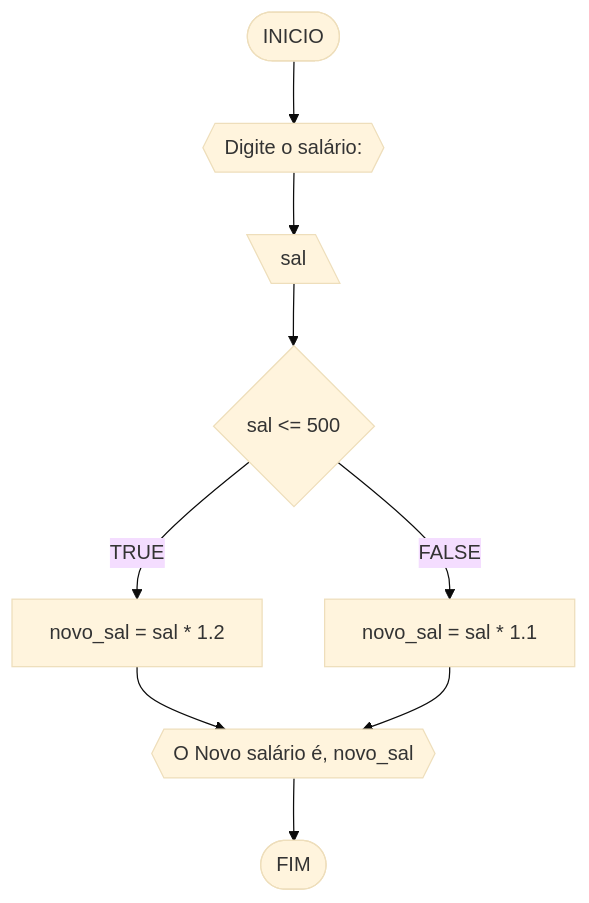
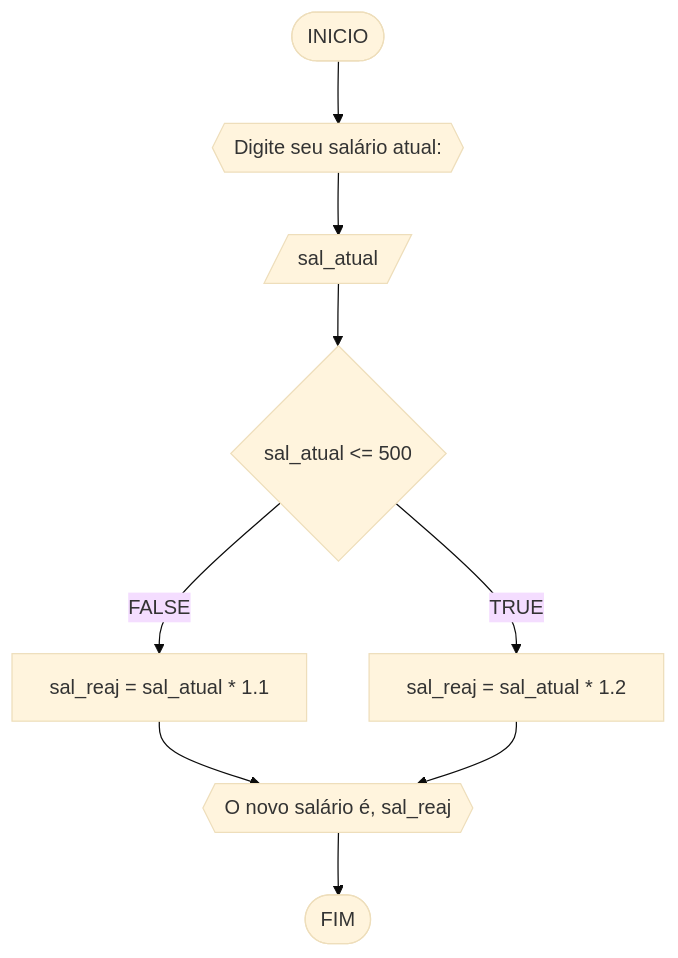
One commit to DiegoRaiS/unifor changed the second of 4 diagrams in RLA/unidade1/lista1.md. Above: the diagram before and after it, drawn with Mermaid (base theme). The commit also changed other lines of this file, not shown here.

````diff
--- a/RLA/unidade1/lista1.md
+++ b/RLA/unidade1/lista1.md
@@ -61,10 +61,11 @@
 ```mermaid
 flowchart TD
-A([INICIO]) --> B{{Digite o salário: }}
-B --> C[\sal\]
-C --> D{sal <= 500}
-D --TRUE--> E[novo_sal = sal * 1.2]
-D --FALSE--> F[novo_sal = sal * 1.1]
-E & F --> G{{O Novo salário é, novo_sal}}
+A([INICIO]) --> B{{"Digite seu salário atual:"}}
+B --> C[/sal_atual/]
+C --> D{sal_atual <= 500}
+D --FALSE--> E[sal_reaj = sal_atual * 1.1]
+D --TRUE--> F[sal_reaj = sal_atual * 1.2]
+E --> G{{O novo salário é, sal_reaj}}
+F --> G
 G --> H([FIM])
 ```
````
